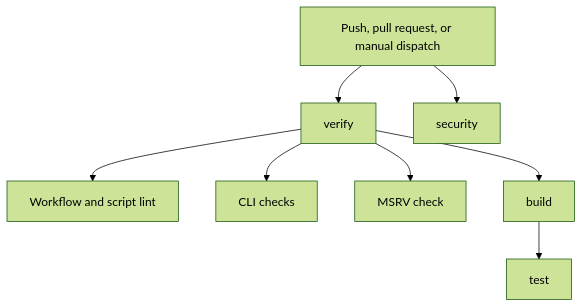
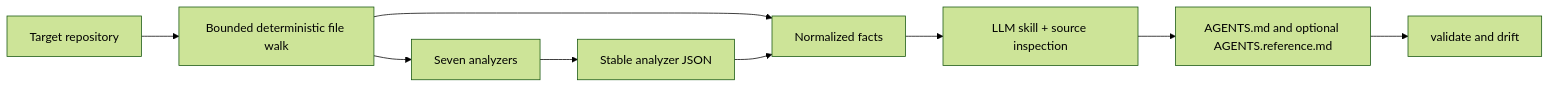
One commit to airscripts/agentskill changed the diagram in agentskill-docs/architecture.md. Above: the diagram before and after it, drawn with Mermaid (forest theme). The commit also changed other lines of this file and 38 other files, not shown here.

Commit message:
feat: make AGENTS.md generation LLM-driven

````diff
--- a/agentskill-docs/architecture.md
+++ b/agentskill-docs/architecture.md
@@ -488,19 +36,11 @@
 ```mermaid
-flowchart TD
-    trigger[Push, pull request, or manual dispatch]
-    verify[verify]
-    lint[Workflow and script lint]
-    cli[CLI checks]
-    msrv[MSRV check]
-    build[build]
-    test[test]
-    security[security]
-
-    trigger --> verify
-    verify --> lint
-    verify --> cli
-    verify --> msrv
-    verify --> build
-    build --> test
-    trigger --> security
+flowchart LR
+    repo[Target repository] --> walk[Bounded deterministic file walk]
+    walk --> analyzers[Seven analyzers]
+    analyzers --> raw[Stable analyzer JSON]
+    walk --> facts[Normalized facts]
+    raw --> facts
+    facts --> skill[LLM skill + source inspection]
+    skill --> docs[AGENTS.md and optional AGENTS.reference.md]
+    docs --> checks[validate and drift]
 ```
````
